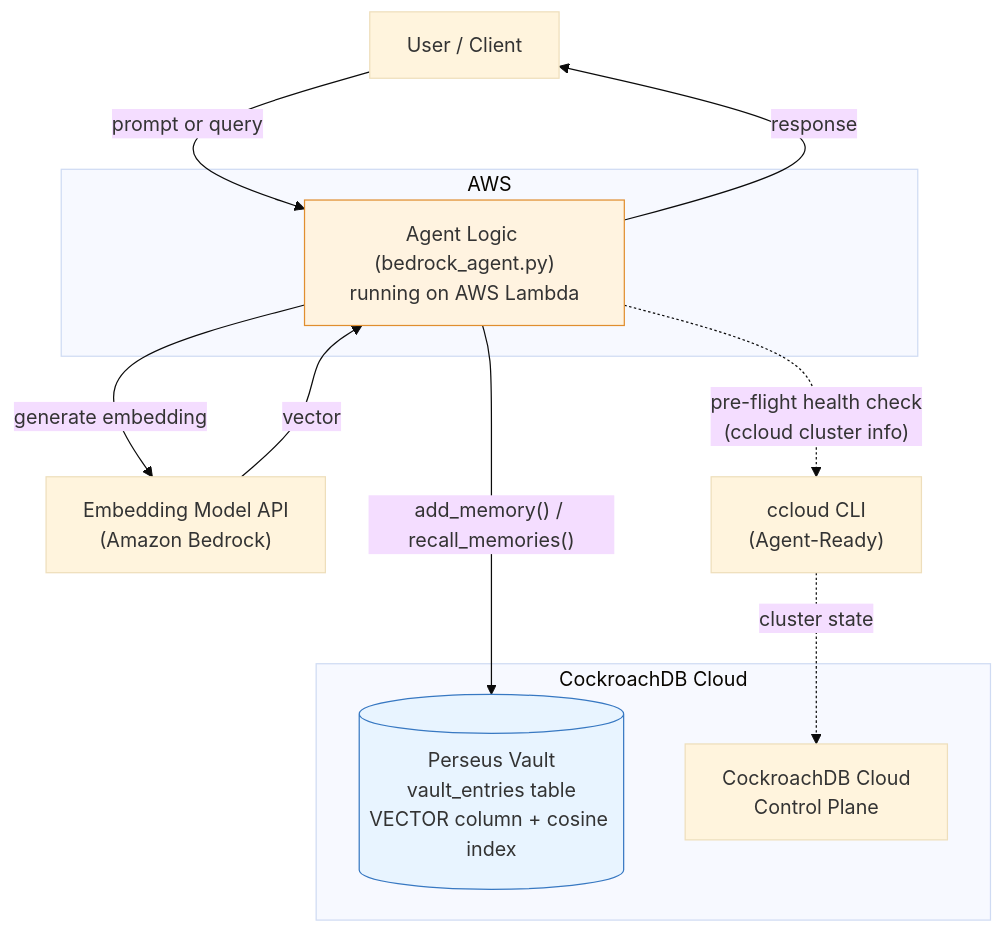
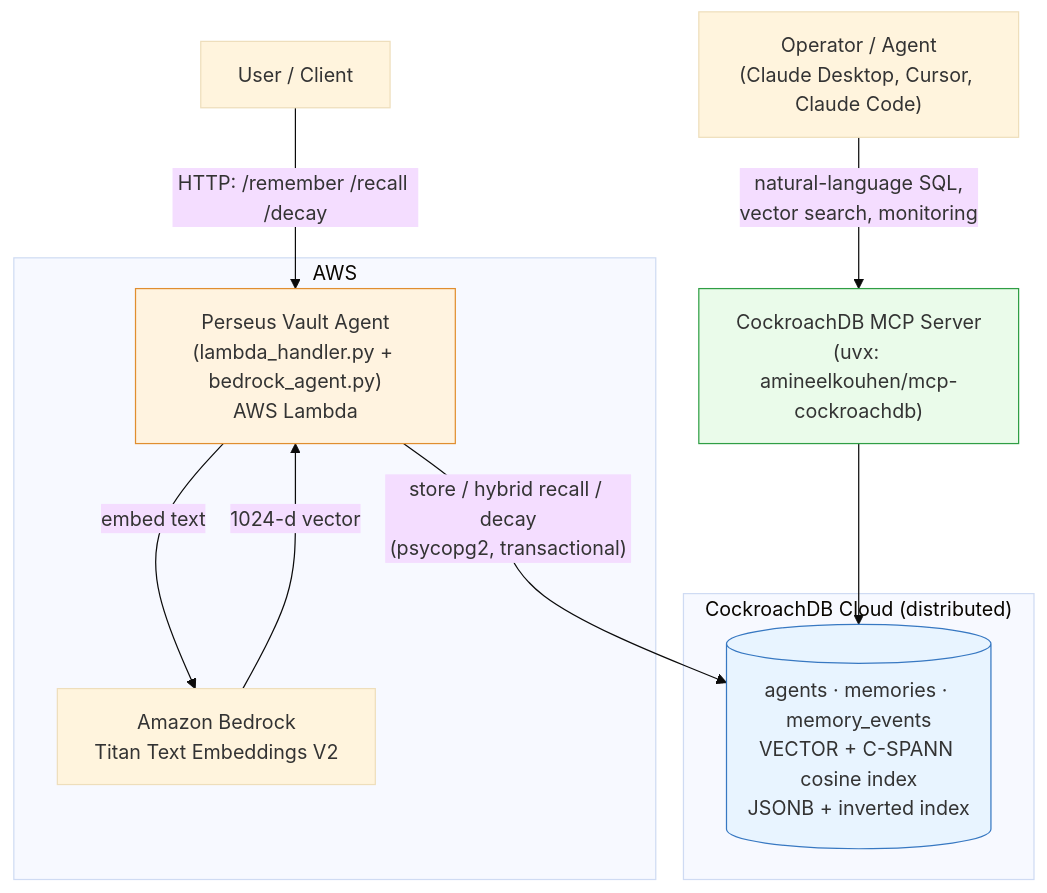
The diagram in README.md (tcconnally/perseus-vault-hackathon), drawn with Mermaid (base theme) before and after one commit. The commit also changed other lines of this file and 16 other files, not shown here.

````diff
--- a/README.md
+++ b/README.md
@@ -37,25 +67,25 @@
 ```mermaid
 flowchart TD
-    User["User / Client"] -->|"prompt or query"| Agent
+    User["User / Client"] -->|"HTTP: /remember /recall /decay"| Lambda
 
     subgraph AWS["AWS"]
-        Agent["Agent Logic (bedrock_agent.py)\nrunning on AWS Lambda"]
+        Lambda["Perseus Vault Agent\n(lambda_handler.py + bedrock_agent.py)\nAWS Lambda"]
+        Bedrock["Amazon Bedrock\nTitan Text Embeddings V2"]
     end
 
-    Agent -->|"add_memory() / recall_memories()"| CRDB
-    Agent -->|"generate embedding"| Embed["Embedding Model API\n(Amazon Bedrock)"]
-    Embed -->|"vector"| Agent
+    Lambda -->|"embed text"| Bedrock
+    Bedrock -->|"1024-d vector"| Lambda
+    Lambda -->|"store / hybrid recall / decay\n(psycopg2, transactional)"| CRDB
 
-    Agent -.->|"pre-flight health check\n(ccloud cluster info)"| CLI["ccloud CLI\n(Agent-Ready)"]
-    CLI -.->|"cluster state"| CCloud["CockroachDB Cloud\nControl Plane"]
-
-    subgraph CockroachDB["CockroachDB Cloud"]
-        CRDB[("Perseus Vault\nvault_entries table\nVECTOR column + cosine index")]
-        CCloud
+    subgraph CRDB_CLOUD["CockroachDB Cloud (distributed)"]
+        CRDB[("agents · memories · memory_events\nVECTOR + C-SPANN cosine index\nJSONB + inverted index")]
     end
 
-    Agent -->|"response"| User
+    Operator["Operator / Agent\n(Claude Desktop, Cursor, Claude Code)"]
+    Operator -->|"natural-language SQL,\nvector search, monitoring"| MCP["CockroachDB MCP Server\n(uvx: amineelkouhen/mcp-cockroachdb)"]
+    MCP --> CRDB
 
     style CRDB fill:#e8f4ff,stroke:#3778c2
-    style Agent fill:#fff3e0,stroke:#e08e2f
+    style Lambda fill:#fff3e0,stroke:#e08e2f
+    style MCP fill:#eafbea,stroke:#2f9e44
 ```
````
